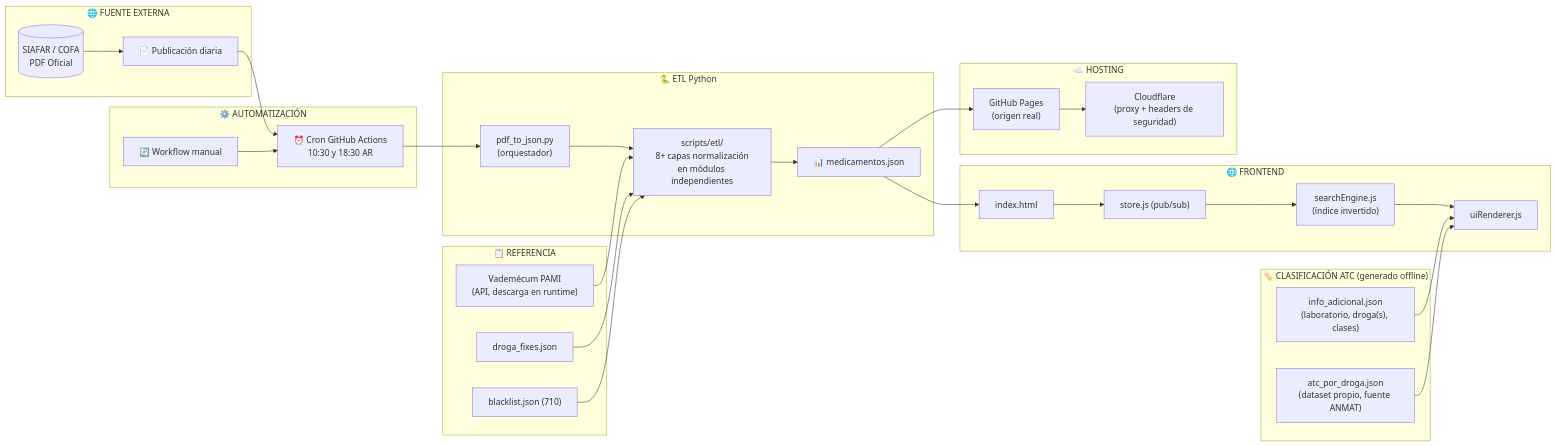
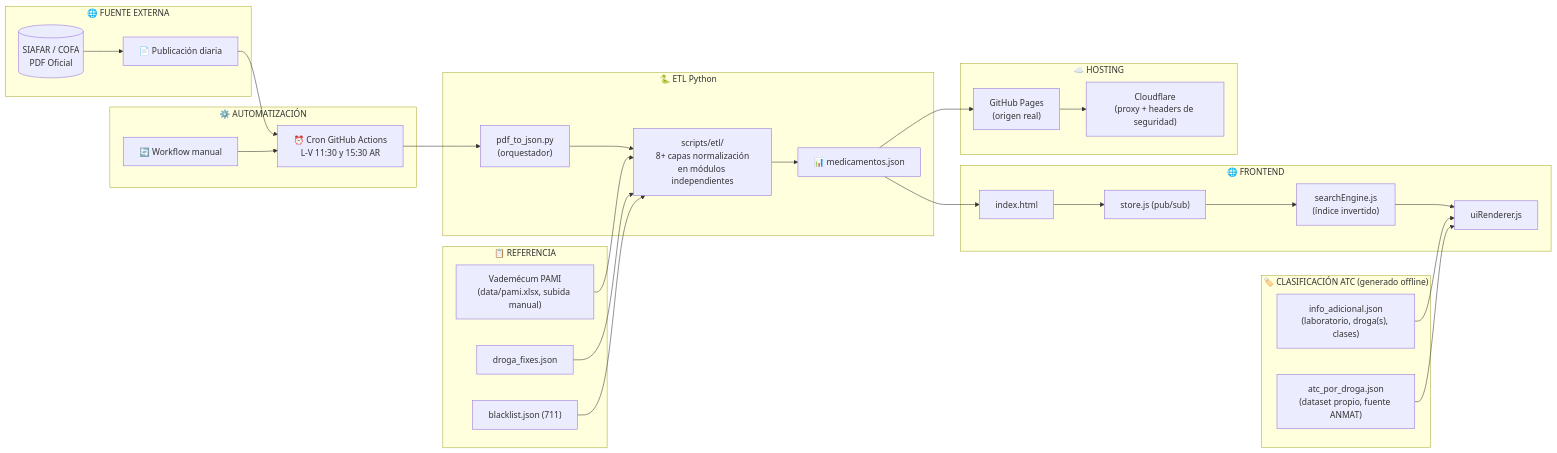
The third of 10 diagrams in README.md (psbella/remediar), drawn with Mermaid before and after one commit. The commit also changed other lines of this file and 1 other file, not shown here.

Commit message:
docs: actualizar README (es/en) al estado real de 2.5.3: cron, workflow, datos, PAMI manual, histórico incremental y privacidad

````diff
--- a/README.md
+++ b/README.md
@@ -619,60 +676,60 @@
 ```mermaid
 flowchart LR
 
     subgraph ONE["🌐 FUENTE EXTERNA"]
         A[("SIAFAR / COFA\nPDF Oficial")]
         B["📄 Publicación diaria"]
     end
 
     subgraph TWO["⚙️ AUTOMATIZACIÓN"]
-        C["⏰ Cron GitHub Actions\n10:30 y 18:30 AR"]
+        C["⏰ Cron GitHub Actions\nL-V 11:30 y 15:30 AR"]
         D["🔄 Workflow manual"]
     end
 
     subgraph THREE["🐍 ETL Python"]
         E["pdf_to_json.py\n(orquestador)"]
         E2["scripts/etl/\n8+ capas normalización\nen módulos independientes"]
         G["📊 medicamentos.json"]
     end
 
     subgraph REF["📋 REFERENCIA"]
-        H["Vademécum PAMI\n(API, descarga en runtime)"]
+        H["Vademécum PAMI\n(data/pami.xlsx, subida manual)"]
         I["droga_fixes.json"]
-        J["blacklist.json (710)"]
+        J["blacklist.json (711)"]
     end
 
     subgraph ATC["🏷️ CLASIFICACIÓN ATC (generado offline)"]
         H2["info_adicional.json\n(laboratorio, droga(s), clases)"]
         I2["atc_por_droga.json\n(dataset propio, fuente ANMAT)"]
     end
 
     subgraph FIVE["🌐 FRONTEND"]
         K["index.html"]
         L["store.js (pub/sub)"]
         M["searchEngine.js\n(índice invertido)"]
         N["uiRenderer.js"]
     end
 
     subgraph SEVEN["☁️ HOSTING"]
         Q["GitHub Pages\n(origen real)"]
         R["Cloudflare\n(proxy + headers de seguridad)"]
     end
 
     A --> B
     B --> C
     D --> C
     C --> E
     E --> E2
     H --> E2
     I --> E2
     J --> E2
     E2 --> G
     G --> K
     K --> L
     L --> M
     M --> N
     H2 --> N
     I2 --> N
     G --> Q
     Q --> R
 ```
````
